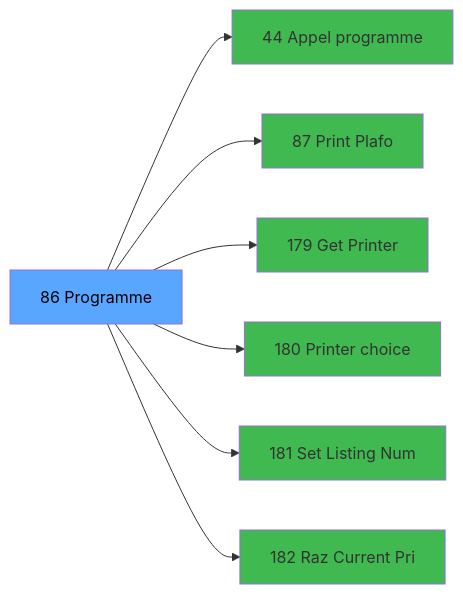
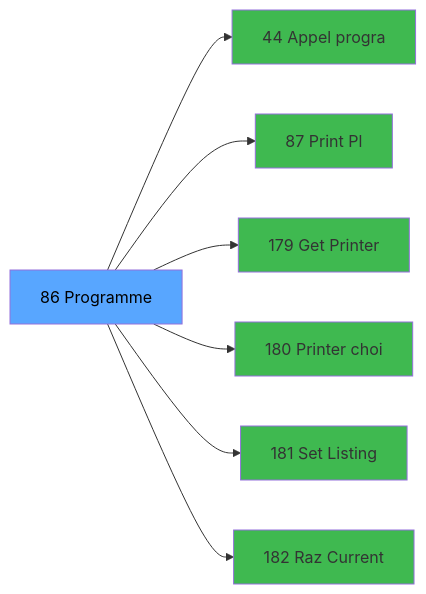
One commit to thonyAGP/magic-migration changed the third of 3 diagrams in .openspec/specs/ADH-IDE-86.md. Above: the diagram before and after it, drawn with Mermaid. The commit also changed other lines of this file and 323 other files, not shown here.

````diff
--- a/.openspec/specs/ADH-IDE-86.md
+++ b/.openspec/specs/ADH-IDE-86.md
@@ -118,23 +141,23 @@
 ```mermaid
 graph LR
     T[86 Programme]
-    C44[44 Appel programme]
+    C44[44 Appel progra]
     T --> C44
-    C87[87     Print Plafo]
+    C87[87     Print Pl]
     T --> C87
     C179[179 Get Printer]
     T --> C179
-    C180[180 Printer choice]
+    C180[180 Printer choi]
     T --> C180
-    C181[181 Set Listing Num]
+    C181[181 Set Listing ]
     T --> C181
-    C182[182 Raz Current Pri]
+    C182[182 Raz Current ]
     T --> C182
     style T fill:#58a6ff,color:#000
     style C44 fill:#3fb950
     style C87 fill:#3fb950
     style C179 fill:#3fb950
     style C180 fill:#3fb950
     style C181 fill:#3fb950
     style C182 fill:#3fb950
 ```
````
